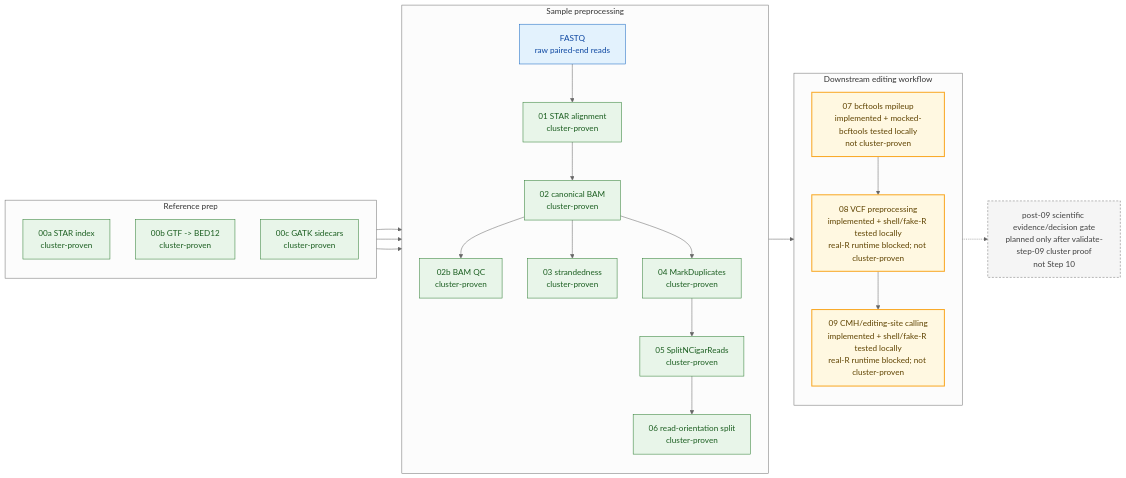
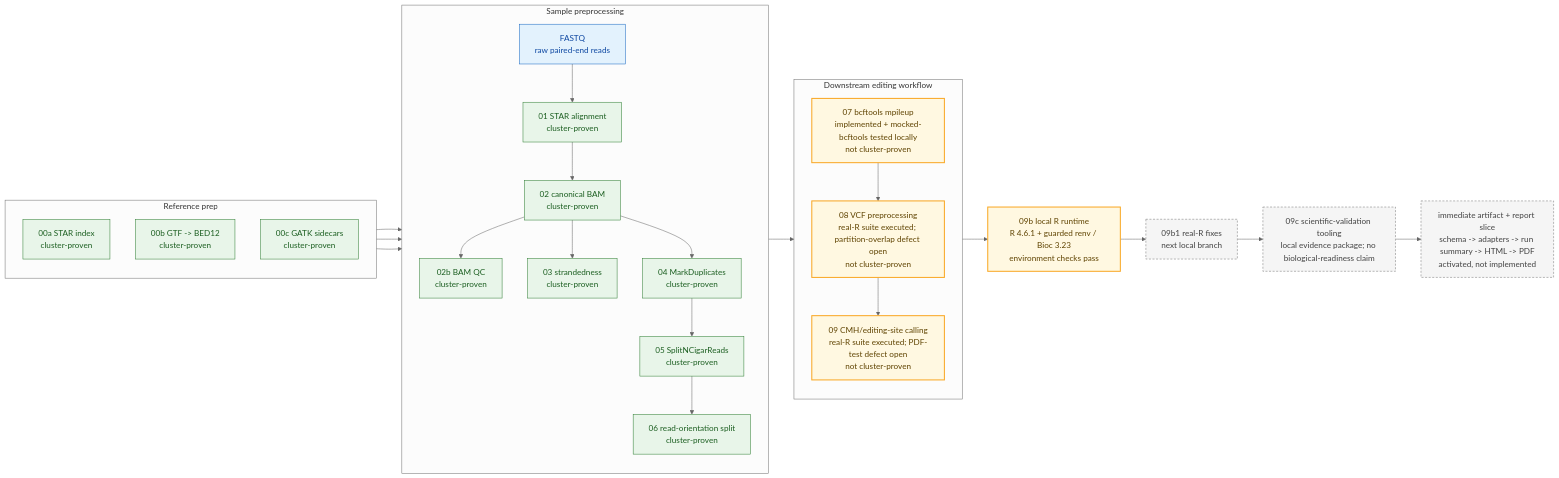
The first of 2 diagrams in docs/architecture/ARCHITECTURE.md (lab-cats/EMRYS), drawn with Mermaid (neutral theme) before and after one commit. The commit also changed other lines of this file and 18 other files, not shown here.

````diff
--- a/docs/architecture/ARCHITECTURE.md
+++ b/docs/architecture/ARCHITECTURE.md
@@ -40,49 +46,52 @@
 ```mermaid
 flowchart LR
     classDef proven fill:#e8f5e9,stroke:#2e7d32,color:#1b5e20
     classDef boundary fill:#fff8e1,stroke:#f9a825,color:#5f4300,stroke-width:2px
     classDef pending fill:#f5f5f5,stroke:#757575,color:#424242,stroke-dasharray:4 3
     classDef input fill:#e3f2fd,stroke:#1565c0,color:#0d47a1
 
     subgraph ref["Reference prep"]
         direction TB
         s00a["00a STAR index<br/>cluster-proven"]
         s00b["00b GTF -> BED12<br/>cluster-proven"]
         s00c["00c GATK sidecars<br/>cluster-proven"]
     end
 
     subgraph sample["Sample preprocessing"]
         direction TB
         fastq["FASTQ<br/>raw paired-end reads"]
         s01["01 STAR alignment<br/>cluster-proven"]
         s02["02 canonical BAM<br/>cluster-proven"]
         s02b["02b BAM QC<br/>cluster-proven"]
         s03["03 strandedness<br/>cluster-proven"]
         s04["04 MarkDuplicates<br/>cluster-proven"]
         s05["05 SplitNCigarReads<br/>cluster-proven"]
         s06["06 read-orientation split<br/>cluster-proven"]
     end
 
     subgraph downstream["Downstream editing workflow"]
         direction TB
         s07["07 bcftools mpileup<br/>implemented + mocked-bcftools tested locally<br/>not cluster-proven"]
-        s08["08 VCF preprocessing<br/>implemented + shell/fake-R tested locally<br/>real-R runtime blocked; not cluster-proven"]
-        s09["09 CMH/editing-site calling<br/>implemented + shell/fake-R tested locally<br/>real-R runtime blocked; not cluster-proven"]
+        s08["08 VCF preprocessing<br/>real-R suite executed; partition-overlap defect open<br/>not cluster-proven"]
+        s09["09 CMH/editing-site calling<br/>real-R suite executed; PDF-test defect open<br/>not cluster-proven"]
     end
 
-    science["post-09 scientific evidence/decision gate<br/>planned only after validate-step-09 cluster proof<br/>not Step 10"]
+    localr["09b local R runtime<br/>R 4.6.1 + guarded renv / Bioc 3.23<br/>environment checks pass"]
+    fixes["09b1 real-R fixes<br/>next local branch"]
+    science["09c scientific-validation tooling<br/>local evidence package; no biological-readiness claim"]
+    reports["immediate artifact + report slice<br/>schema -> adapters -> run summary -> HTML -> PDF<br/>activated, not implemented"]
 
     fastq --> s01 --> s02
     s00a --> s01
     s00b --> s03
     s00c --> s05
     s02 --> s02b
     s02 --> s03
     s02 --> s04 --> s05 --> s06 --> s07 --> s08 --> s09
-    s09 -.-> science
+    s09 --> localr --> fixes --> science --> reports
 
     class fastq input
     class s00a,s00b,s00c,s01,s02,s02b,s03,s04,s05,s06 proven
-    class s07,s08,s09 boundary
-    class science pending
+    class s07,s08,s09,localr boundary
+    class fixes,science,reports pending
 ```
````
